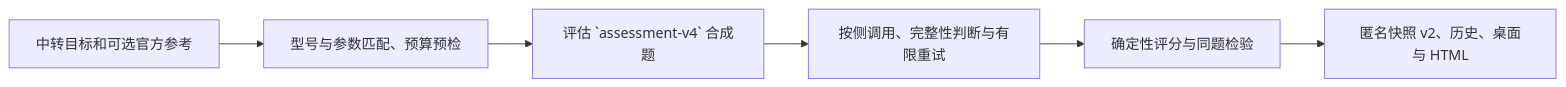
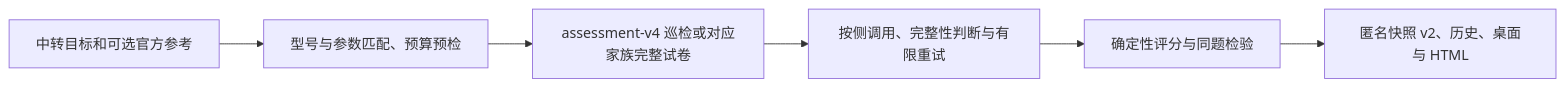
Before and after one commit to liudabo-art/Codex-Lens: the diagram in Technical-Documentation-Principles-of-Mathematics-Transfer-Station-Inspection.md, drawn with Mermaid. The commit also changed other lines of this file and 65 other files, not shown here.

````diff
--- a/Technical-Documentation-Principles-of-Mathematics-Transfer-Station-Inspection.md
+++ b/Technical-Documentation-Principles-of-Mathematics-Transfer-Station-Inspection.md
@@ -9,8 +15,8 @@
 ```mermaid
 flowchart LR
     Target["中转目标和可选官方参考"] --> Plan["型号与参数匹配、预算预检"]
-    Plan --> Cases["评估 `assessment-v4` 合成题"]
+    Plan --> Cases["assessment-v4 巡检或对应家族完整试卷"]
     Cases --> Replies["按侧调用、完整性判断与有限重试"]
     Replies --> Scores["确定性评分与同题检验"]
     Scores --> Report["匿名快照 v2、历史、桌面与 HTML"]
 ```
````
